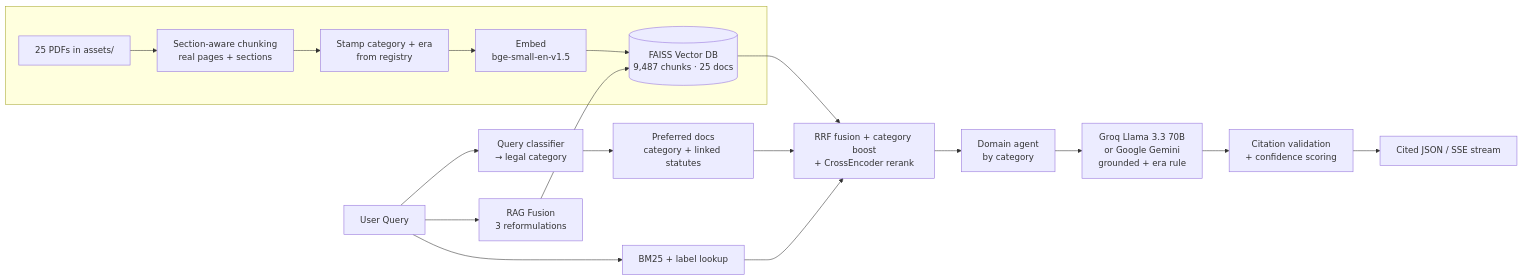
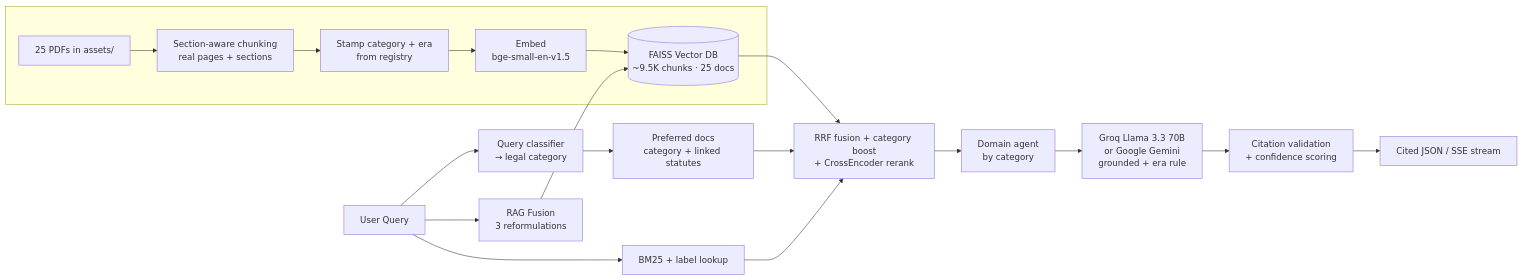
The diagram in README.md (itsDigvijaysing/Indian-Law-AI-Portal), drawn with Mermaid before and after one commit. The commit also changed other lines of this file and 12 other files, not shown here.

````diff
--- a/README.md
+++ b/README.md
@@ -32,19 +32,19 @@
 ```mermaid
 flowchart LR
     Q[User Query] --> CLS[Query classifier<br/>→ legal category]
     CLS --> SCOPE[Preferred docs<br/>category + linked statutes]
     Q --> RF[RAG Fusion<br/>3 reformulations]
-    RF --> VDB[(FAISS Vector DB<br/>9,487 chunks · 25 docs)]
+    RF --> VDB[(FAISS Vector DB<br/>~9.5K chunks · 25 docs)]
     Q --> BM[BM25 + label lookup]
     BM --> RRF[RRF fusion + category boost<br/>+ CrossEncoder rerank]
     VDB --> RRF
     SCOPE --> RRF
     RRF --> AR[Domain agent<br/>by category]
     AR --> LLM[Groq Llama 3.3 70B<br/>or Google Gemini<br/>grounded + era rule]
     LLM --> V[Citation validation<br/>+ confidence scoring]
     V --> R[Cited JSON / SSE stream]
 
     subgraph Ingest[" "]
         P[25 PDFs in assets/] --> C[Section-aware chunking<br/>real pages + sections] --> M[Stamp category + era<br/>from registry] --> E[Embed<br/>bge-small-en-v1.5] --> VDB
     end
 ```
````
